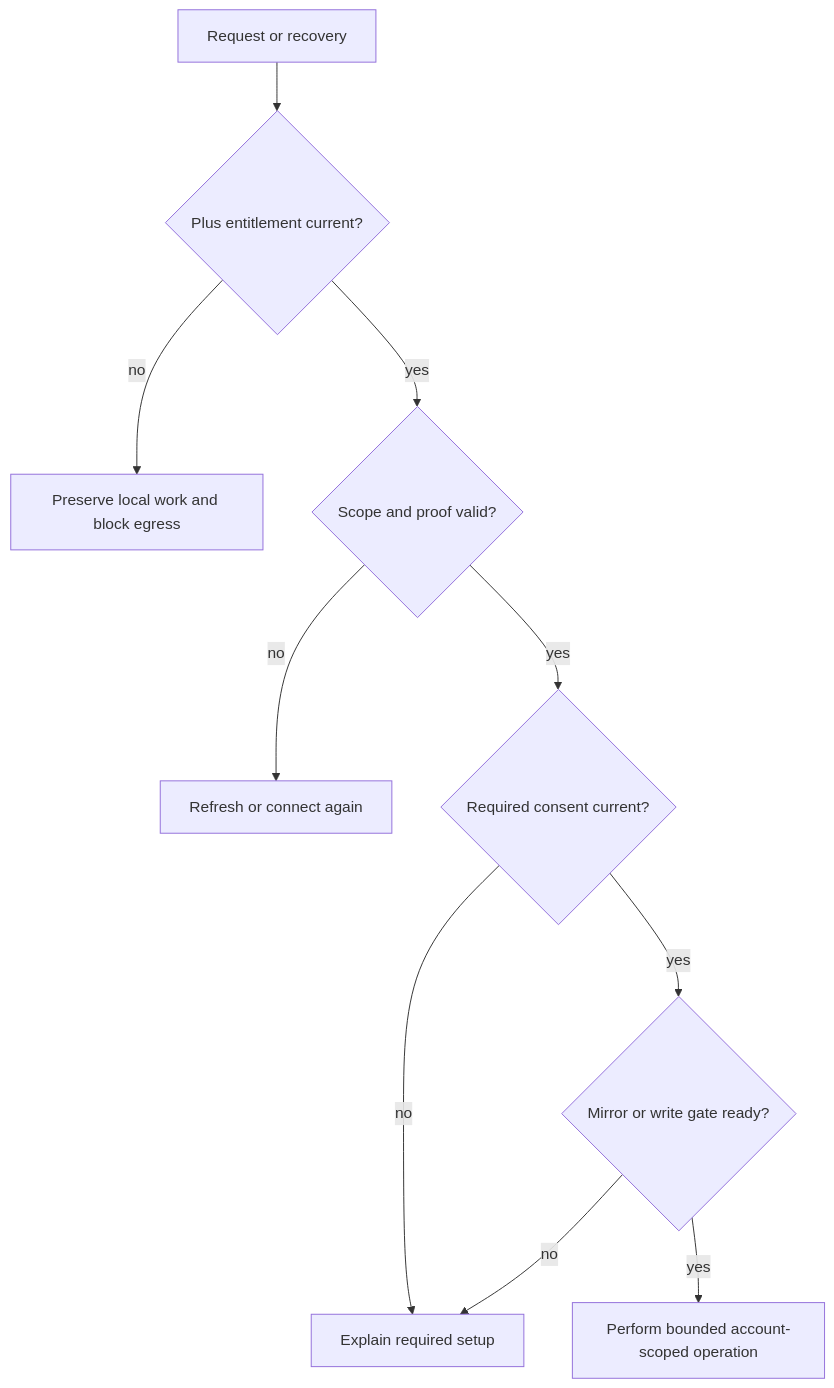
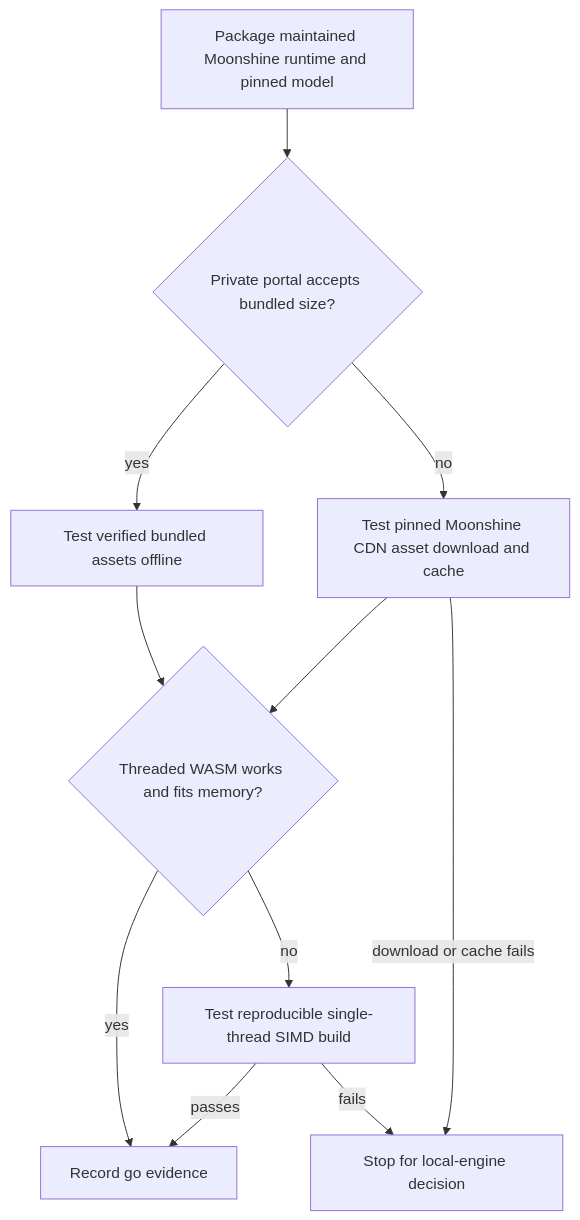
Before and after one commit to taihartman/obsidian-atoms: the third of 4 diagrams in docs/plans/2026-09-08-2216-feat-even-g2-atoms-plan.md, drawn with Mermaid. The commit also changed other lines of this file and 77 other files, not shown here.

````diff
--- a/docs/plans/2026-09-08-2216-feat-even-g2-atoms-plan.md
+++ b/docs/plans/2026-09-08-2216-feat-even-g2-atoms-plan.md
@@ -258,12 +229,13 @@
 ```mermaid
 flowchart TB
-  START[Request or recovery] --> ENT{Plus entitlement current?}
-  ENT -->|no| HOLD[Preserve local work and block egress]
-  ENT -->|yes| GRANT{Scope and proof valid?}
-  GRANT -->|no| REPAIR[Refresh or connect again]
-  GRANT -->|yes| CONSENT{Required consent current?}
-  CONSENT -->|no| STOP[Explain required setup]
-  CONSENT -->|yes| MIRROR{Mirror or write gate ready?}
-  MIRROR -->|no| STOP
-  MIRROR -->|yes| SEND[Perform bounded account-scoped operation]
+  A[Package maintained Moonshine runtime and pinned model] --> B{Private portal accepts bundled size?}
+  B -->|yes| C[Test verified bundled assets offline]
+  B -->|no| D[Test pinned Moonshine CDN asset download and cache]
+  C --> E{Threaded WASM works and fits memory?}
+  D --> E
+  E -->|yes| F[Record go evidence]
+  E -->|no| G[Test reproducible single-thread SIMD build]
+  G -->|passes| F
+  G -->|fails| H[Stop for local-engine decision]
+  D -->|download or cache fails| H
 ```
````
